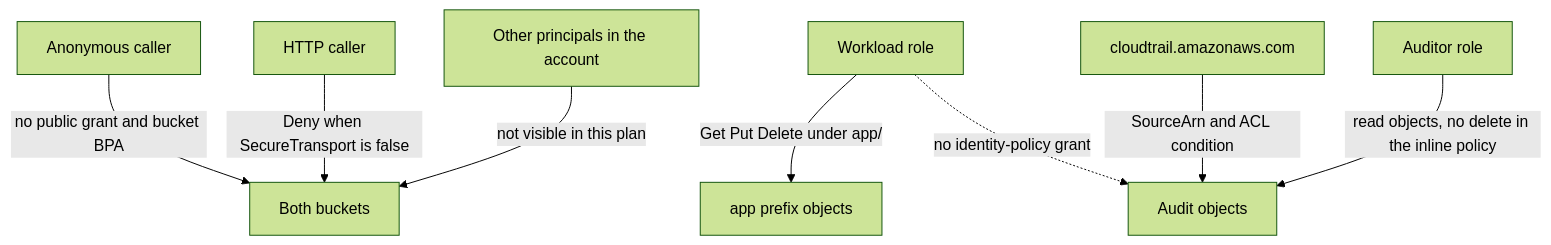
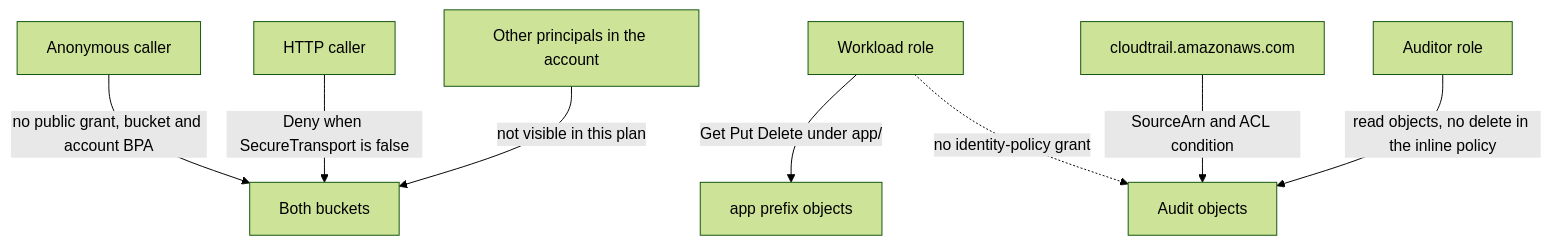
The diagram in docs/THREAT-MODEL.md (mikedsosa/aws-audit-baseline), drawn with Mermaid (forest theme) before and after one commit. The commit also changed other lines of this file and 16 other files, not shown here.

````diff
--- a/docs/THREAT-MODEL.md
+++ b/docs/THREAT-MODEL.md
@@ -5,20 +5,20 @@
 ```mermaid
 flowchart TD
   internet[Anonymous caller]
   httpClient[HTTP caller]
   workloadRole[Workload role]
   auditorRole[Auditor role]
   cloudtrail[cloudtrail.amazonaws.com]
   accountAdmin[Other principals in the account]
   buckets[Both buckets]
   logs[Audit objects]
   data[app prefix objects]
 
-  internet -->|no public grant and bucket BPA| buckets
+  internet -->|no public grant, bucket and account BPA| buckets
   httpClient -->|Deny when SecureTransport is false| buckets
   workloadRole -->|Get Put Delete under app/| data
   workloadRole -.->|no identity-policy grant| logs
   cloudtrail -->|SourceArn and ACL condition| logs
   auditorRole -->|read objects, no delete in the inline policy| logs
   accountAdmin -->|not visible in this plan| buckets
 ```
````
